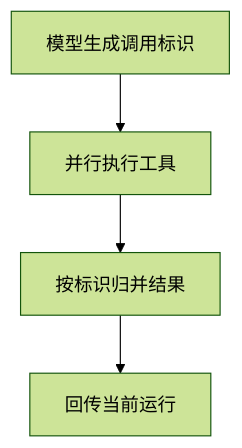
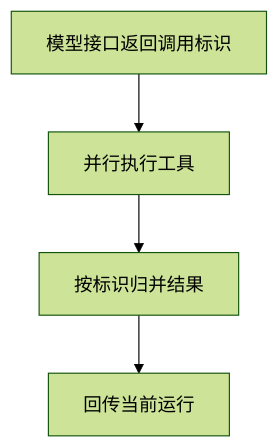
Before and after one commit to ALVIN-YANG/alvin-notes: the diagram in src/content/docs/interview/agent/tool-messages.mdx, drawn with Mermaid (forest theme). The commit also changed other lines of this file and 115 other files, not shown here.

````diff
--- a/src/content/docs/interview/agent/tool-messages.mdx
+++ b/src/content/docs/interview/agent/tool-messages.mdx
@@ -22,6 +22,6 @@
 ```mermaid
 flowchart TB
-  A["模型生成调用标识"] --> B["并行执行工具"]
+  A["模型接口返回调用标识"] --> B["并行执行工具"]
   B["并行执行工具"] --> C["按标识归并结果"]
   C["按标识归并结果"] --> D["回传当前运行"]
 ```
````
